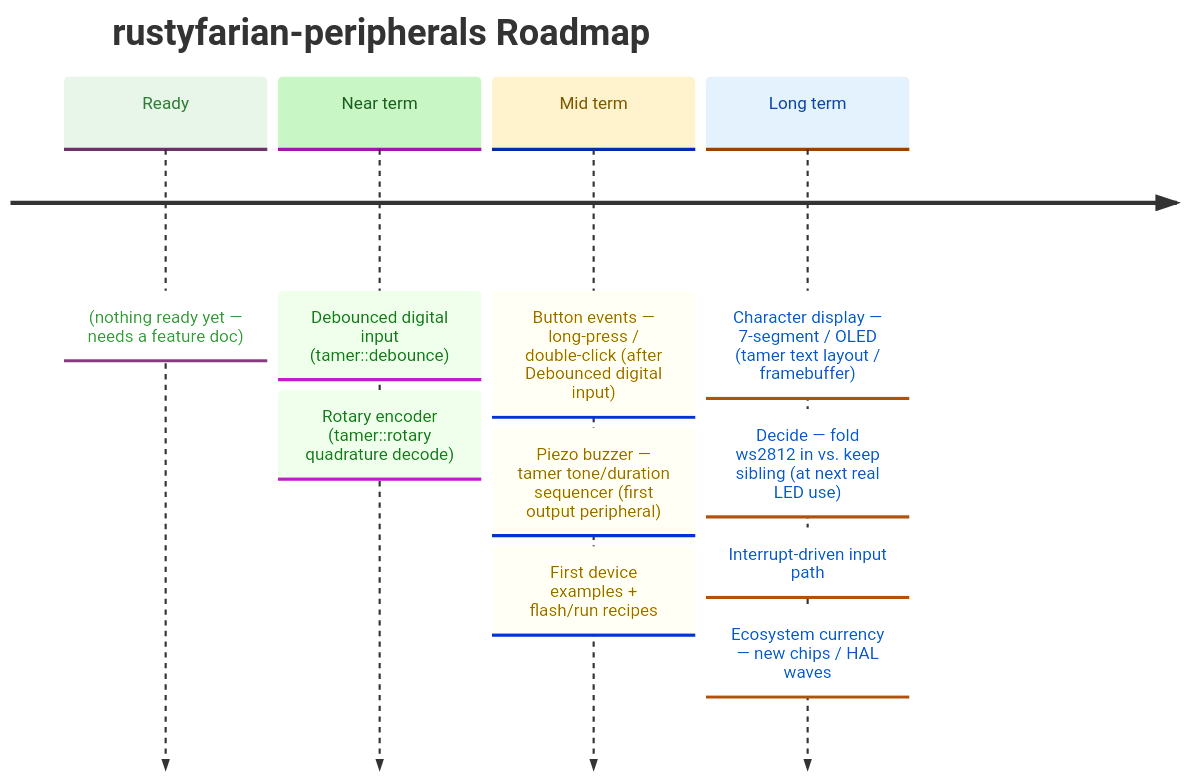
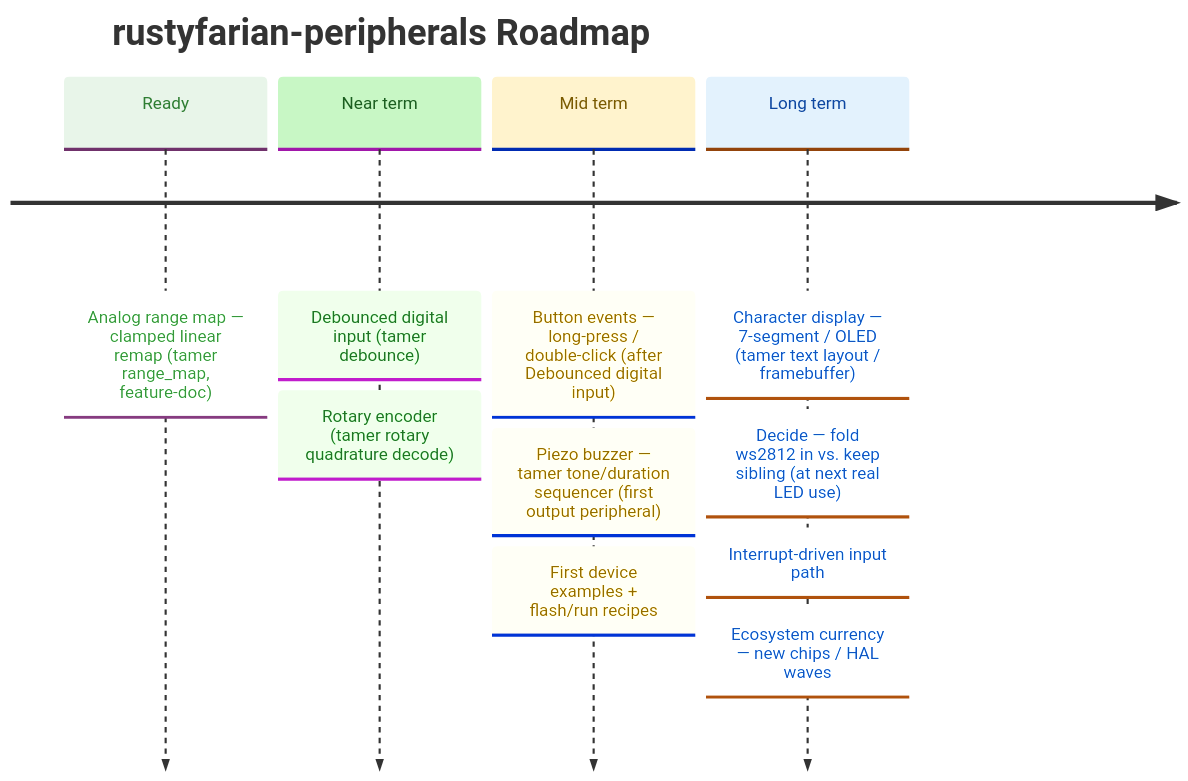
Before and after one commit to datenkollektiv/rustyfarian-peripherals: the diagram in docs/ROADMAP.md, drawn with Mermaid. The commit also changed other lines of this file and 1 other file, not shown here.

Commit message:
Add feature doc for `tamer::range_map` (clamped linear remap)

````diff
--- a/docs/ROADMAP.md
+++ b/docs/ROADMAP.md
@@ -16,32 +16,32 @@
 ```mermaid
 %%{init: {
   "theme": "base",
   "themeVariables": {
     "cScale0": "#e8f5e9",
     "cScaleLabel0": "#2e7d32",
     "cScale1": "#c8f7c5",
     "cScaleLabel1": "#1b5e20",
     "cScale2": "#fff3cd",
     "cScaleLabel2": "#7a5a00",
     "cScale3": "#e3f2fd",
     "cScaleLabel3": "#0d47a1"
   }
 }}%%
 
 timeline
     title rustyfarian-peripherals Roadmap
 
-    Ready     : (nothing ready yet — needs a feature doc)
+    Ready     : Analog range map — clamped linear remap (tamer range_map, feature-doc)
 
-    Near term : Debounced digital input (tamer::debounce)
-              : Rotary encoder (tamer::rotary quadrature decode)
+    Near term : Debounced digital input (tamer debounce)
+              : Rotary encoder (tamer rotary quadrature decode)
 
     Mid term  : Button events — long-press / double-click (after Debounced digital input)
               : Piezo buzzer — tamer tone/duration sequencer (first output peripheral)
               : First device examples + flash/run recipes
 
     Long term : Character display — 7-segment / OLED (tamer text layout / framebuffer)
               : Decide — fold ws2812 in vs. keep sibling (at next real LED use)
               : Interrupt-driven input path
               : Ecosystem currency — new chips / HAL waves
 ```
````
